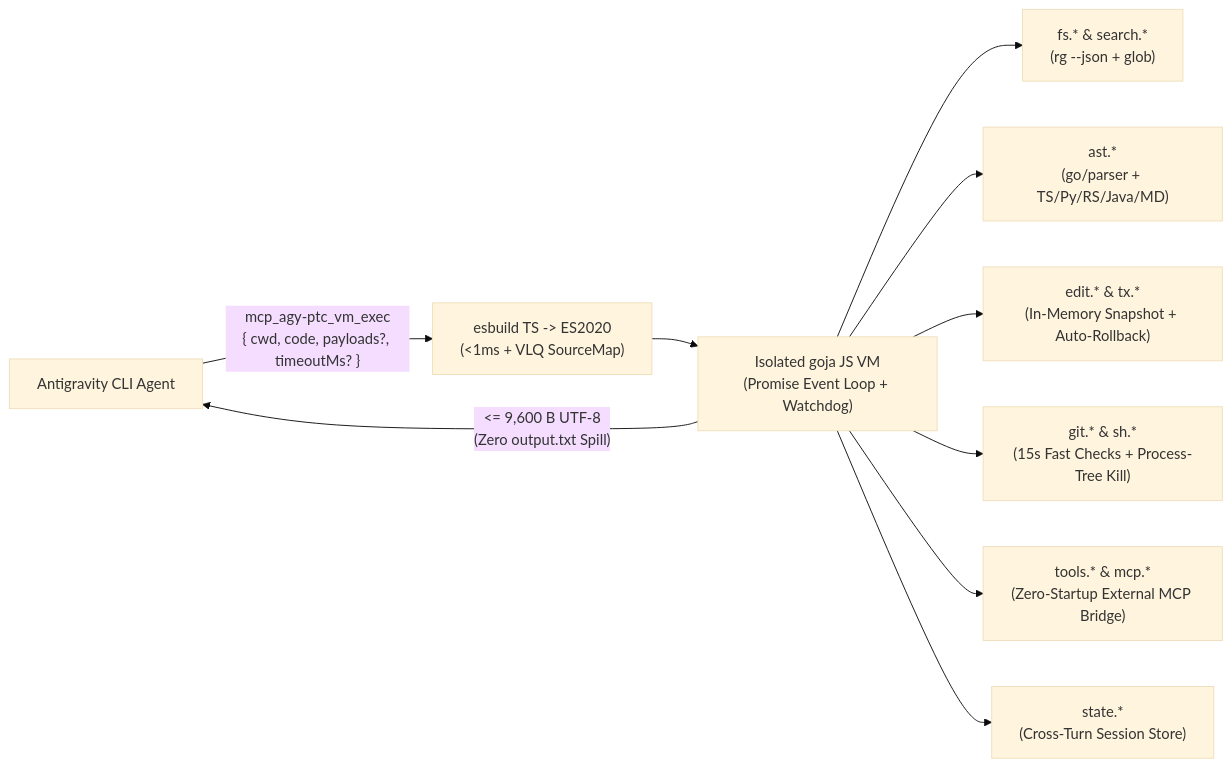
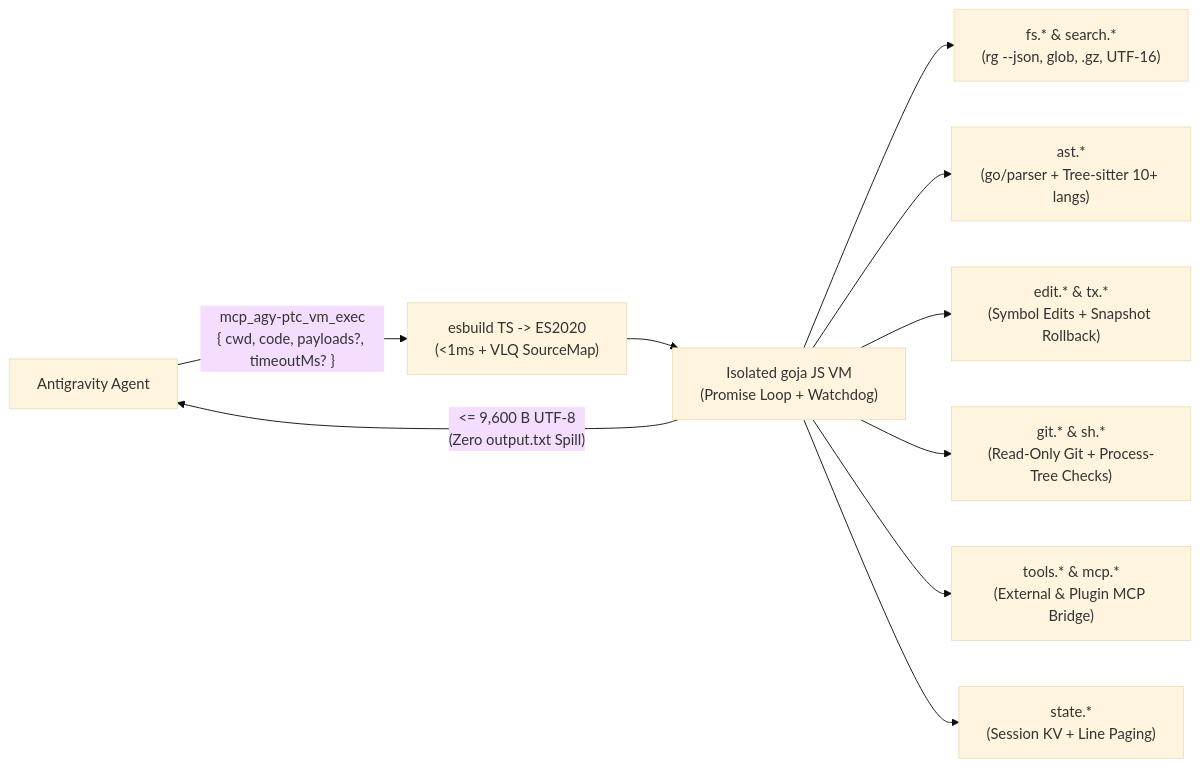
The diagram in README.md (Aliothmoon/agy-ptc), drawn with Mermaid (base theme) before and after one commit. The commit also changed other lines of this file and 1 other file, not shown here.

````diff
--- a/README.md
+++ b/README.md
@@ -34,12 +48,12 @@
 ```mermaid
 flowchart LR
-    Agent["Antigravity CLI Agent"] -->|"mcp_agy-ptc_vm_exec\n{ cwd, code, payloads?, timeoutMs? }"| Compiler["esbuild TS -> ES2020\n(<1ms + VLQ SourceMap)"]
-    Compiler --> VM["Isolated goja JS VM\n(Promise Event Loop + Watchdog)"]
-    VM --> FS["fs.* & search.*\n(rg --json + glob)"]
-    VM --> AST["ast.*\n(go/parser + TS/Py/RS/Java/MD)"]
-    VM --> TX["edit.* & tx.*\n(In-Memory Snapshot + Auto-Rollback)"]
-    VM --> SH["git.* & sh.*\n(15s Fast Checks + Process-Tree Kill)"]
-    VM --> MCP["tools.* & mcp.*\n(Zero-Startup External MCP Bridge)"]
-    VM --> ST["state.*\n(Cross-Turn Session Store)"]
+    Agent["Antigravity Agent"] -->|"mcp_agy-ptc_vm_exec\n{ cwd, code, payloads?, timeoutMs? }"| Compiler["esbuild TS -> ES2020\n(<1ms + VLQ SourceMap)"]
+    Compiler --> VM["Isolated goja JS VM\n(Promise Loop + Watchdog)"]
+    VM --> FS["fs.* & search.*\n(rg --json, glob, .gz, UTF-16)"]
+    VM --> AST["ast.*\n(go/parser + Tree-sitter 10+ langs)"]
+    VM --> TX["edit.* & tx.*\n(Symbol Edits + Snapshot Rollback)"]
+    VM --> SH["git.* & sh.*\n(Read-Only Git + Process-Tree Checks)"]
+    VM --> MCP["tools.* & mcp.*\n(External & Plugin MCP Bridge)"]
+    VM --> ST["state.*\n(Session KV + Line Paging)"]
     VM -->|"<= 9,600 B UTF-8\n(Zero output.txt Spill)"| Agent
 ```
````
